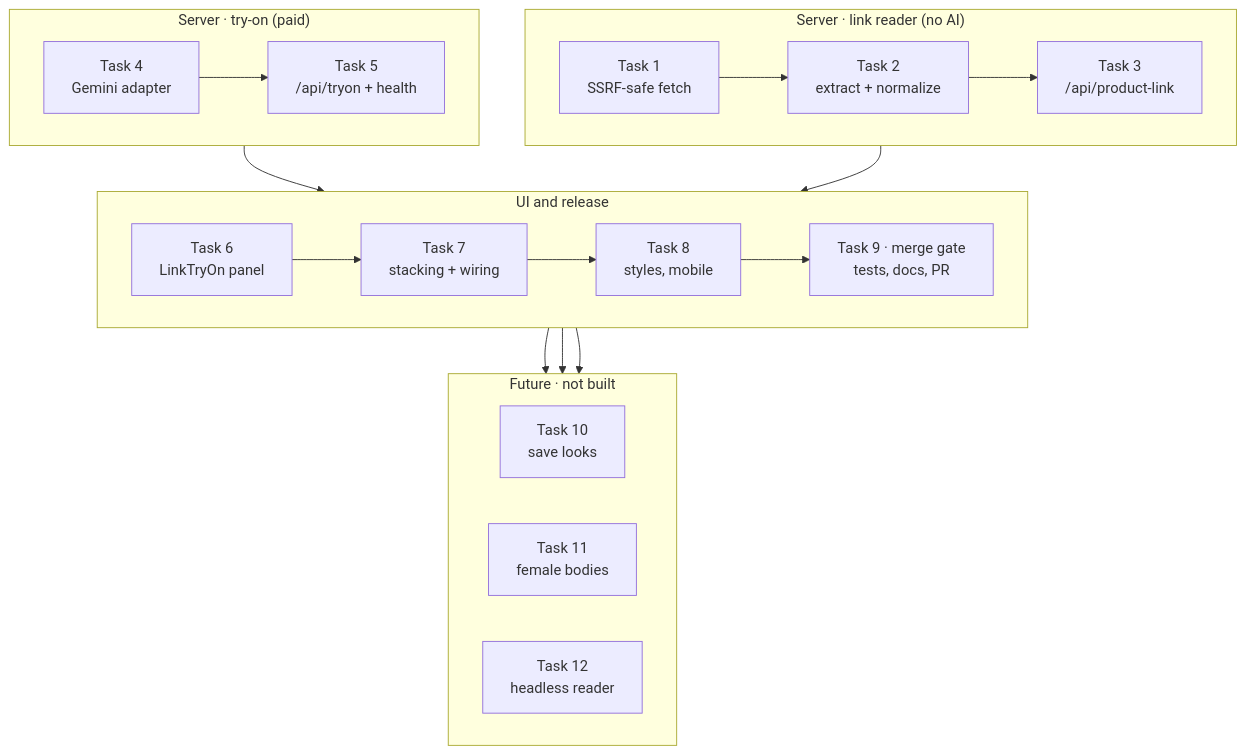
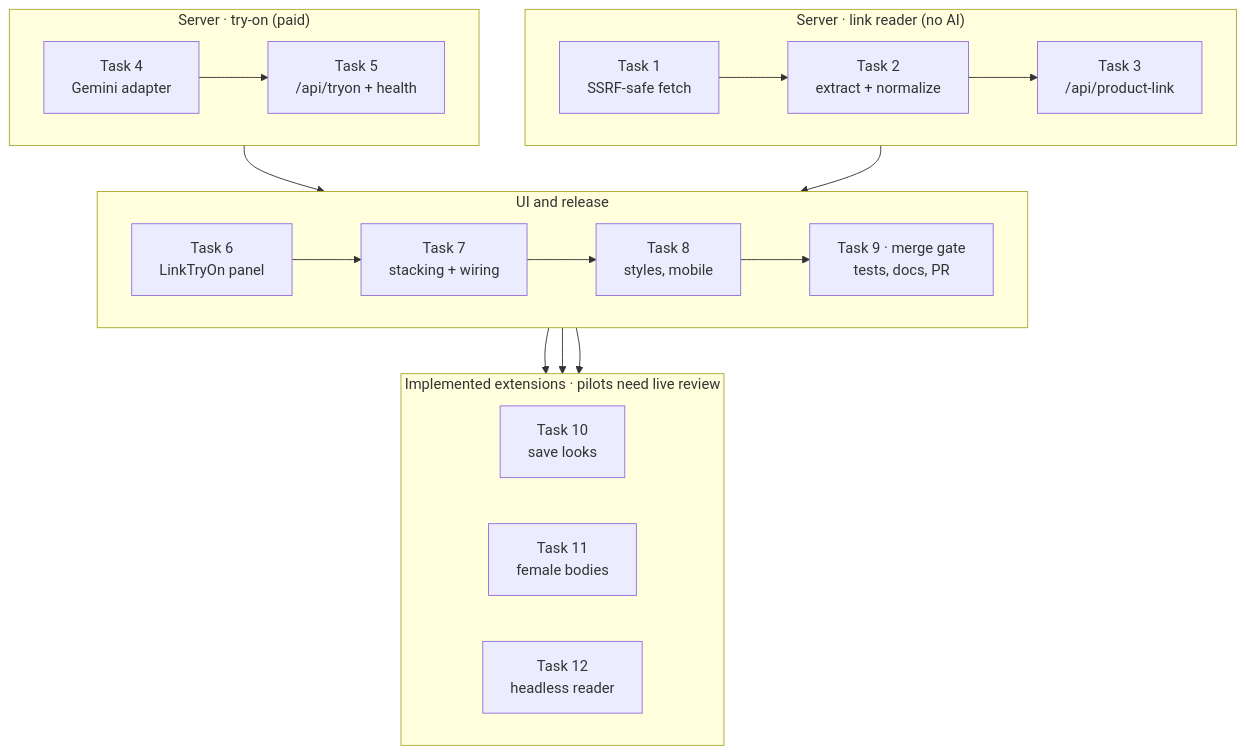
The diagram in docs/LINK_TRYON_IMPLEMENTATION.md (RajeshRamadas/tryoncloths), drawn with Mermaid before and after one commit. The commit also changed other lines of this file and 8 other files, not shown here.

````diff
--- a/docs/LINK_TRYON_IMPLEMENTATION.md
+++ b/docs/LINK_TRYON_IMPLEMENTATION.md
@@ -46,26 +46,26 @@
 ```mermaid
 flowchart TB
   subgraph A["Server · link reader (no AI)"]
     direction LR
     T1["Task 1<br/>SSRF-safe fetch"] --> T2["Task 2<br/>extract + normalize"] --> T3["Task 3<br/>/api/product-link"]
   end
   subgraph B["Server · try-on (paid)"]
     direction LR
     T4["Task 4<br/>Gemini adapter"] --> T5["Task 5<br/>/api/tryon + health"]
   end
   subgraph C["UI and release"]
     direction LR
     T6["Task 6<br/>LinkTryOn panel"] --> T7["Task 7<br/>stacking + wiring"] --> T8["Task 8<br/>styles, mobile"] --> T9["Task 9 · merge gate<br/>tests, docs, PR"]
   end
-  subgraph D["Future · not built"]
+  subgraph D["Implemented extensions · pilots need live review"]
     direction LR
     T10["Task 10<br/>save looks"]
     T11["Task 11<br/>female bodies"]
     T12["Task 12<br/>headless reader"]
   end
   T3 --> T6
   T5 --> T6
   T9 --> T10
   T9 --> T11
   T9 --> T12
 ```
````
